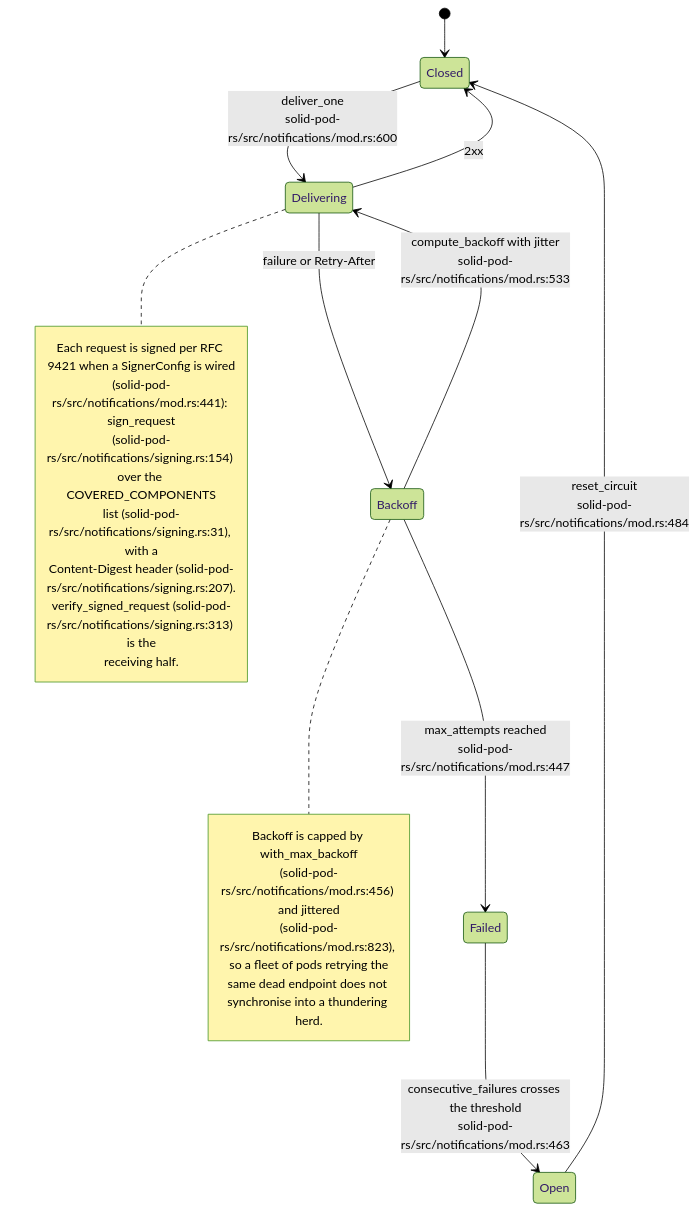
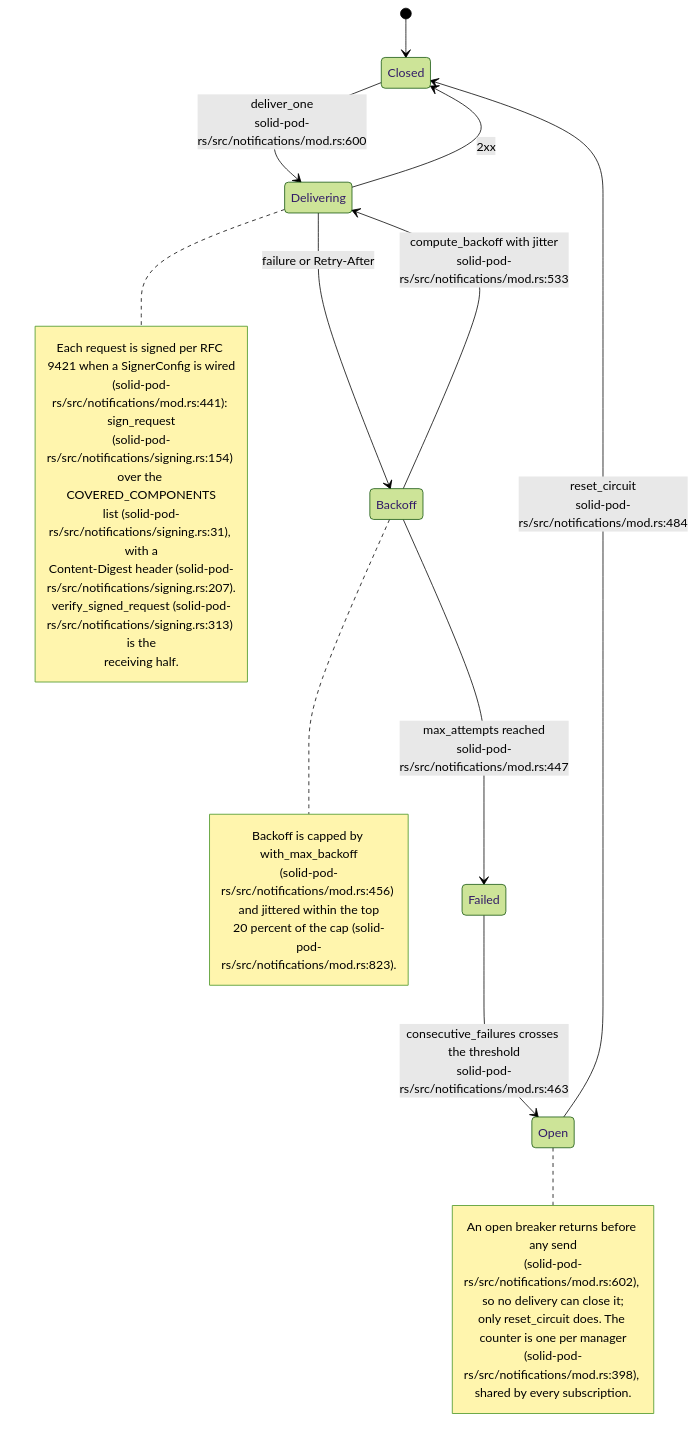
Before and after one commit to DreamLab-AI/VisionFlow: the third of 17 diagrams in docs/diagrams/solid-pod-rs/08-federation-notifications-forge-mcp.md, drawn with Mermaid (forest theme). The commit also changed other lines of this file and 47 other files, not shown here.

````diff
--- a/docs/diagrams/solid-pod-rs/08-federation-notifications-forge-mcp.md
+++ b/docs/diagrams/solid-pod-rs/08-federation-notifications-forge-mcp.md
@@ -104,27 +120,32 @@
 ```mermaid
 stateDiagram-v2
     [*] --> Closed
     Closed --> Delivering: deliver_one<br/>solid-pod-rs/src/notifications/mod.rs:600
     Delivering --> Closed: 2xx
     Delivering --> Backoff: failure or Retry-After
     Backoff --> Delivering: compute_backoff with jitter<br/>solid-pod-rs/src/notifications/mod.rs:533
     Backoff --> Failed: max_attempts reached<br/>solid-pod-rs/src/notifications/mod.rs:447
     Failed --> Open: consecutive_failures crosses the threshold<br/>solid-pod-rs/src/notifications/mod.rs:463
     Open --> Closed: reset_circuit<br/>solid-pod-rs/src/notifications/mod.rs:484
 
     note right of Delivering
       Each request is signed per RFC 9421 when a SignerConfig is wired
       (solid-pod-rs/src/notifications/mod.rs:441): sign_request
       (solid-pod-rs/src/notifications/signing.rs:154) over the COVERED_COMPONENTS
       list (solid-pod-rs/src/notifications/signing.rs:31), with a
       Content-Digest header (solid-pod-rs/src/notifications/signing.rs:207).
       verify_signed_request (solid-pod-rs/src/notifications/signing.rs:313) is the
       receiving half.
     end note
     note right of Backoff
       Backoff is capped by with_max_backoff
-      (solid-pod-rs/src/notifications/mod.rs:456) and jittered
-      (solid-pod-rs/src/notifications/mod.rs:823), so a fleet of pods retrying the
-      same dead endpoint does not synchronise into a thundering herd.
+      (solid-pod-rs/src/notifications/mod.rs:456) and jittered within the top
+      20 percent of the cap (solid-pod-rs/src/notifications/mod.rs:823).
+    end note
+    note right of Open
+      An open breaker returns before any send
+      (solid-pod-rs/src/notifications/mod.rs:602), so no delivery can close it;
+      only reset_circuit does. The counter is one per manager
+      (solid-pod-rs/src/notifications/mod.rs:398), shared by every subscription.
     end note
 ```
````
